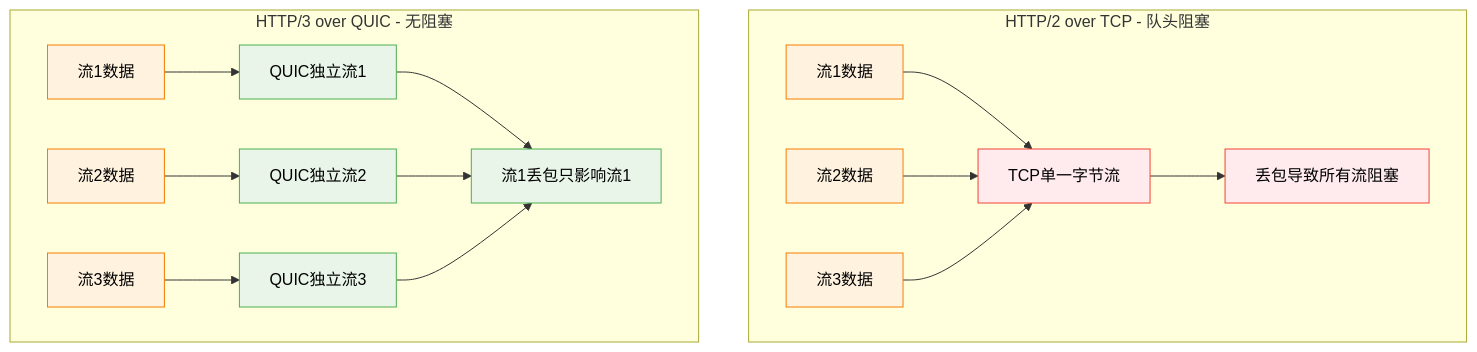
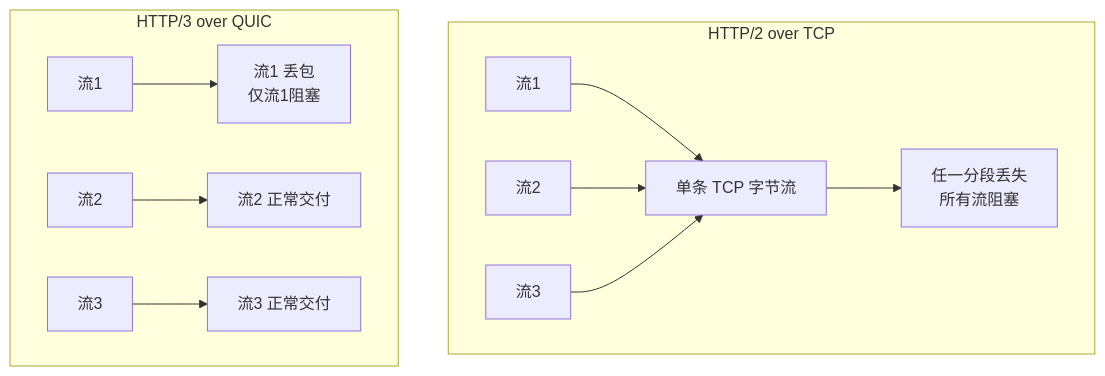
The fourth of 11 diagrams in 计算机网络/3.7传输层：现代传输技术.md (Dtheme/CS-base), drawn with Mermaid before and after one commit. The commit also changed other lines of this file and 51 other files, not shown here.

````diff
--- a/计算机网络/3.7传输层：现代传输技术.md
+++ b/计算机网络/3.7传输层：现代传输技术.md
@@ -188,40 +134,15 @@
 ```mermaid
 graph TD
-    subgraph "HTTP/2 over TCP - 队头阻塞"
-        A1[流1数据]
-        A2[流2数据]
-        A3[流3数据]
-        A4[TCP单一字节流]
-        A5[丢包导致所有流阻塞]
-        
-        A1 --> A4
-        A2 --> A4
-        A3 --> A4
-        A4 --> A5
+    subgraph HTTP2_over_TCP[HTTP/2 over TCP]
+        A1[流1] --> AT[单条 TCP 字节流]
+        A2[流2] --> AT
+        A3[流3] --> AT
+        AT --> AX[任一分段丢失<br/>所有流阻塞]
     end
-    
-    subgraph "HTTP/3 over QUIC - 无阻塞"
-        B1[流1数据]
-        B2[流2数据]  
-        B3[流3数据]
-        B4[QUIC独立流1]
-        B5[QUIC独立流2]
-        B6[QUIC独立流3]
-        B7[流1丢包只影响流1]
-        
-        B1 --> B4
-        B2 --> B5
-        B3 --> B6
-        B4 --> B7
-        B5 --> B7
-        B6 --> B7
+
+    subgraph HTTP3_over_QUIC[HTTP/3 over QUIC]
+        B1[流1] --> BX[流1 丢包<br/>仅流1阻塞]
+        B2[流2] --> BY[流2 正常交付]
+        B3[流3] --> BZ[流3 正常交付]
     end
-    
-    classDef problem fill:#ffebee,stroke:#f44336,color:#000000
-    classDef solution fill:#e8f5e8,stroke:#4caf50,color:#000000
-    classDef data fill:#fff3e0,stroke:#f57c00,color:#000000
-    
-    class A1,A2,A3,B1,B2,B3 data
-    class A4,A5 problem
-    class B4,B5,B6,B7 solution
 ```
````
